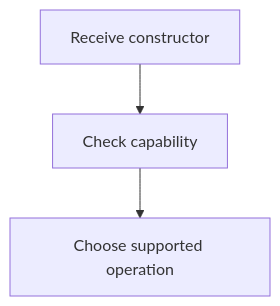
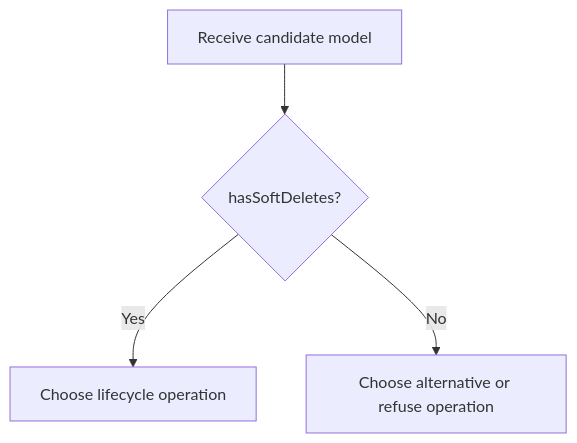
Before and after one commit to Kevinjohn/oss-adonisjs-lucid-soft-delete: the first of 2 diagrams in user-stories/integration/us-app-08-capability.md, drawn with Mermaid. The commit also changed other lines of this file and 22 other files, not shown here.

Commit message:
docs: verify user story paths and Mermaid flows against implementation

````diff
--- a/user-stories/integration/us-app-08-capability.md
+++ b/user-stories/integration/us-app-08-capability.md
@@ -19,4 +19,6 @@
 ```mermaid
 flowchart TD
-    A["Receive constructor"] --> B["Check capability"] --> C["Choose supported operation"]
+    A["Receive candidate model"] --> B{"hasSoftDeletes?"}
+    B -->|Yes| C["Choose lifecycle operation"]
+    B -->|No| D["Choose alternative or refuse operation"]
 ```
````
